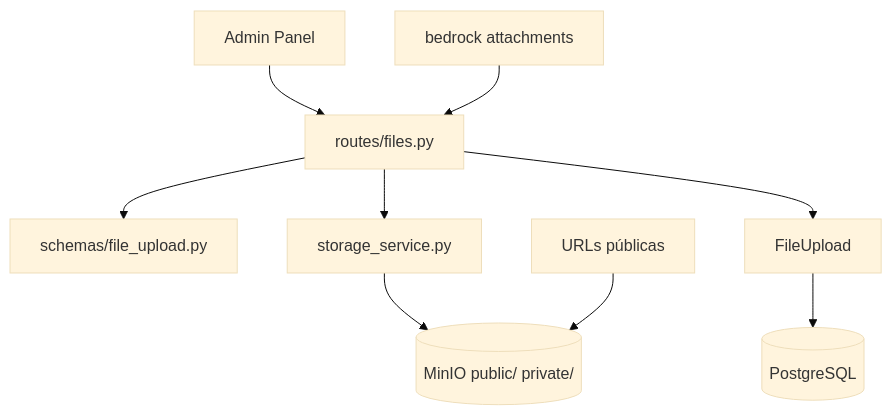
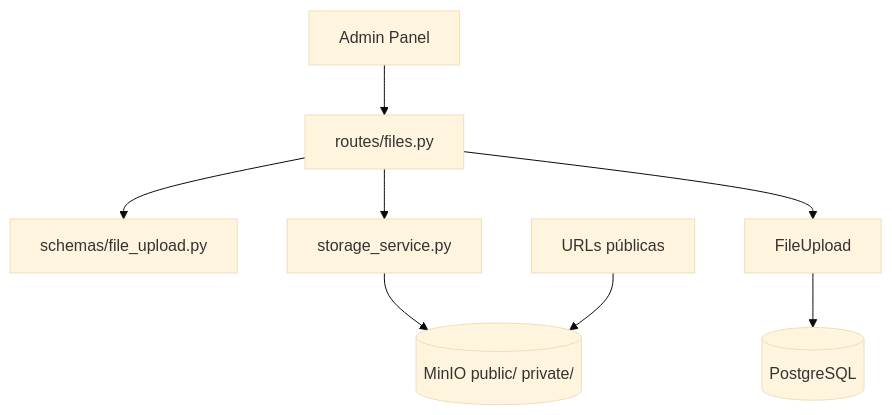
The diagram in cjhirashi-career-api/docs/sections/files/README.md (cjhirashi/cjhirashi-career), drawn with Mermaid (base theme) before and after one commit. The commit also changed other lines of this file and 82 other files, not shown here.

Commit message:
docs: documentación al día tras retirar Bedrock, Qdrant y el descubrimiento de vacantes; limpieza de restos (web_search, cjhirashi-career-ai, comentarios, estilos del chat)

````diff
--- a/cjhirashi-career-api/docs/sections/files/README.md
+++ b/cjhirashi-career-api/docs/sections/files/README.md
@@ -11,11 +11,10 @@
 ```mermaid
 flowchart TB
     Admin[Admin Panel] --> Route[routes/files.py]
     Route --> Schema[schemas/file_upload.py]
     Route --> Storage[storage_service.py]
     Route --> Model[FileUpload]
     Model --> PG[(PostgreSQL)]
     Storage --> MinIO[(MinIO public/ private/)]
-    Chat[bedrock attachments] --> Route
     Portal[URLs públicas] --> MinIO
 ```
````
